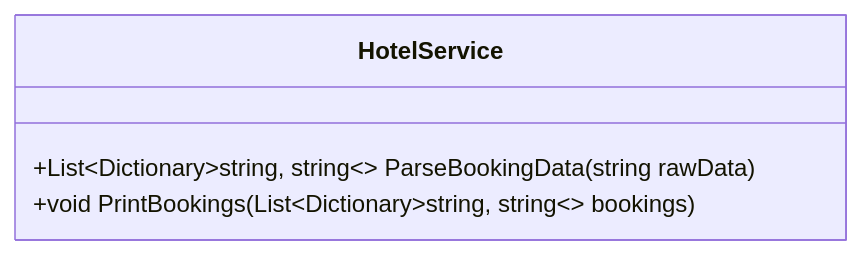
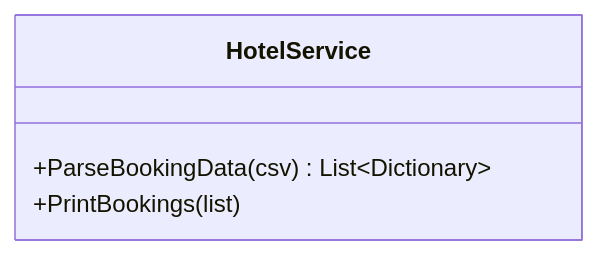
One commit to T-Boyke/C-Sharp-OOP-Fundamentals changed the diagram in 19_Collections/README.md. Above: the diagram before and after it, drawn with Mermaid. The commit also changed other lines of this file and 10 other files, not shown here.

````diff
--- a/19_Collections/README.md
+++ b/19_Collections/README.md
@@ -40,7 +30,7 @@
 ```mermaid
 classDiagram
     class HotelService {
-        +List~Dictionary~string, string~~ ParseBookingData(string rawData)
-        +void PrintBookings(List~Dictionary~string, string~~ bookings)
+        +ParseBookingData(csv) List~Dictionary~
+        +PrintBookings(list)
     }
 ```
````
